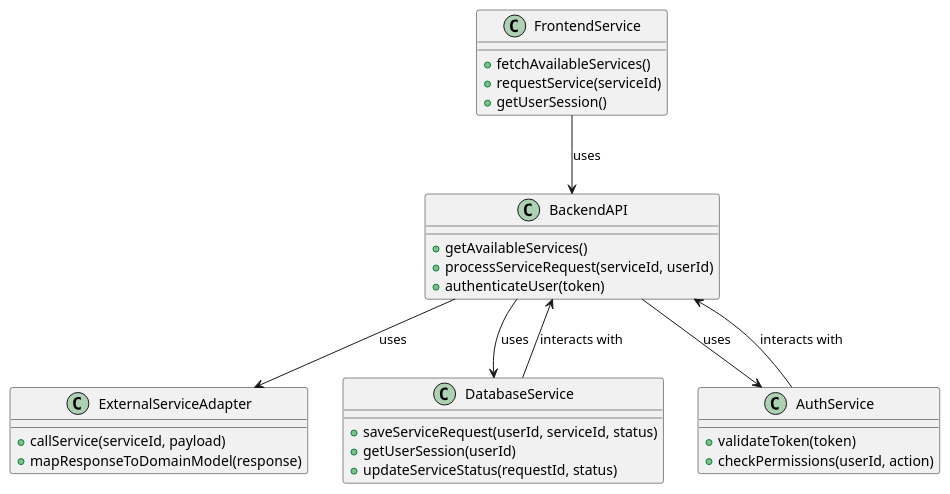
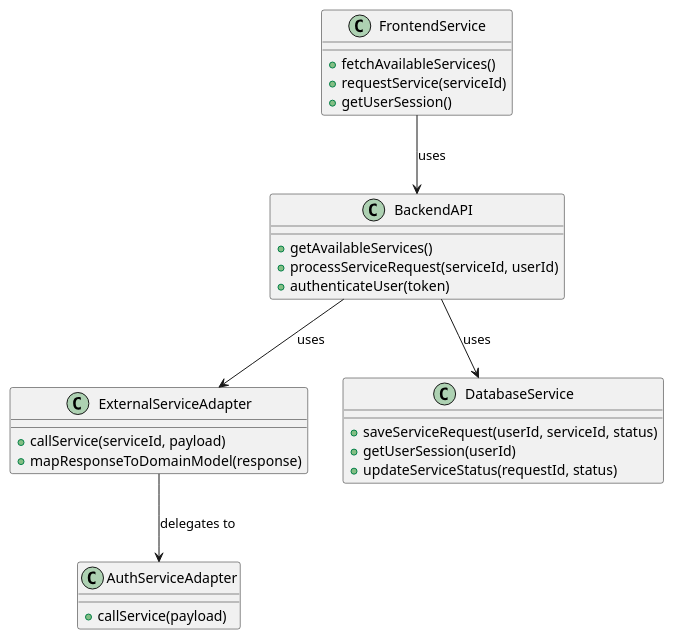
The diagram in opdracht-diagrammen/C4 Code/Class diagram - stap 4 - Cas.puml (AIM-ENE-feb25/triptop-groep-3), drawn with PlantUML before and after one commit.

Commit message:
Updated: Class diagram Stap 4

```diff
--- a/opdracht-diagrammen/C4 Code/Class diagram - stap 4 - Cas.puml
+++ b/opdracht-diagrammen/C4 Code/Class diagram - stap 4 - Cas.puml
@@ -1,38 +1,35 @@
 @startuml
 
 class FrontendService {
     +fetchAvailableServices()
     +requestService(serviceId)
     +getUserSession()
 }
 
 class BackendAPI {
     +getAvailableServices()
     +processServiceRequest(serviceId, userId)
     +authenticateUser(token)
 }
 
 class ExternalServiceAdapter {
     +callService(serviceId, payload)
     +mapResponseToDomainModel(response)
 }
 
+class AuthServiceAdapter {
+    +callService(payload)
+}
+
 class DatabaseService {
     +saveServiceRequest(userId, serviceId, status)
     +getUserSession(userId)
     +updateServiceStatus(requestId, status)
 }
 
-class AuthService {
-    +validateToken(token)
-    +checkPermissions(userId, action)
-}
-
 FrontendService --> BackendAPI : uses
 BackendAPI --> ExternalServiceAdapter : uses
 BackendAPI --> DatabaseService : uses
-BackendAPI --> AuthService : uses
-DatabaseService --> BackendAPI : interacts with
-AuthService --> BackendAPI : interacts with
+ExternalServiceAdapter --> AuthServiceAdapter : delegates to
 
 @enduml
```
